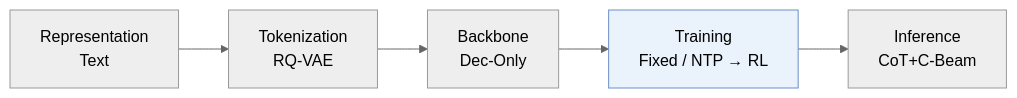
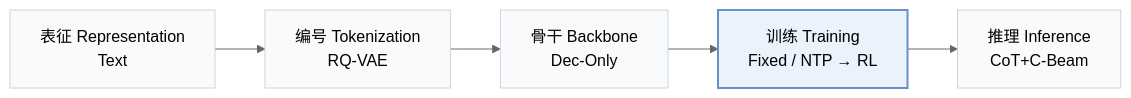
One commit to Galaxy-ghost/Awesome-SID-Generative-Rec changed the first of 2 diagrams in pages/zh/papers/evo-rec.md. Above: the diagram before and after it, drawn with Mermaid (neutral theme). The commit also changed other lines of this file and 649 other files, not shown here.

Commit message:
writer-05: also tags and modality index (schema, check, build, visuals); summary field removed; calibration data for 12 papers

````diff
--- a/pages/zh/papers/evo-rec.md
+++ b/pages/zh/papers/evo-rec.md
@@ -13,6 +15,8 @@
 ```mermaid
 flowchart LR
-    R["Representation<br/>Text"] --> T["Tokenization<br/>RQ-VAE"] --> B["Backbone<br/>Dec-Only"] --> TR["Training<br/>Fixed / NTP → RL"] --> I["Inference<br/>CoT+C-Beam"]
-    classDef main fill:#eaf2fb,stroke:#6b8fc7
+    R["表征 Representation<br/>Text"] --> T["编号 Tokenization<br/>RQ-VAE"] --> B["骨干 Backbone<br/>Dec-Only"] --> TR["训练 Training<br/>Fixed / NTP → RL"] --> I["推理 Inference<br/>CoT+C-Beam"]
+    classDef base fill:#f8fafc,stroke:#cbd5e1
+    class R,T,B,TR,I base
+    classDef main fill:#eaf2fb,stroke:#6b8fc7,stroke-width:2px
     class TR main
 ```
````
